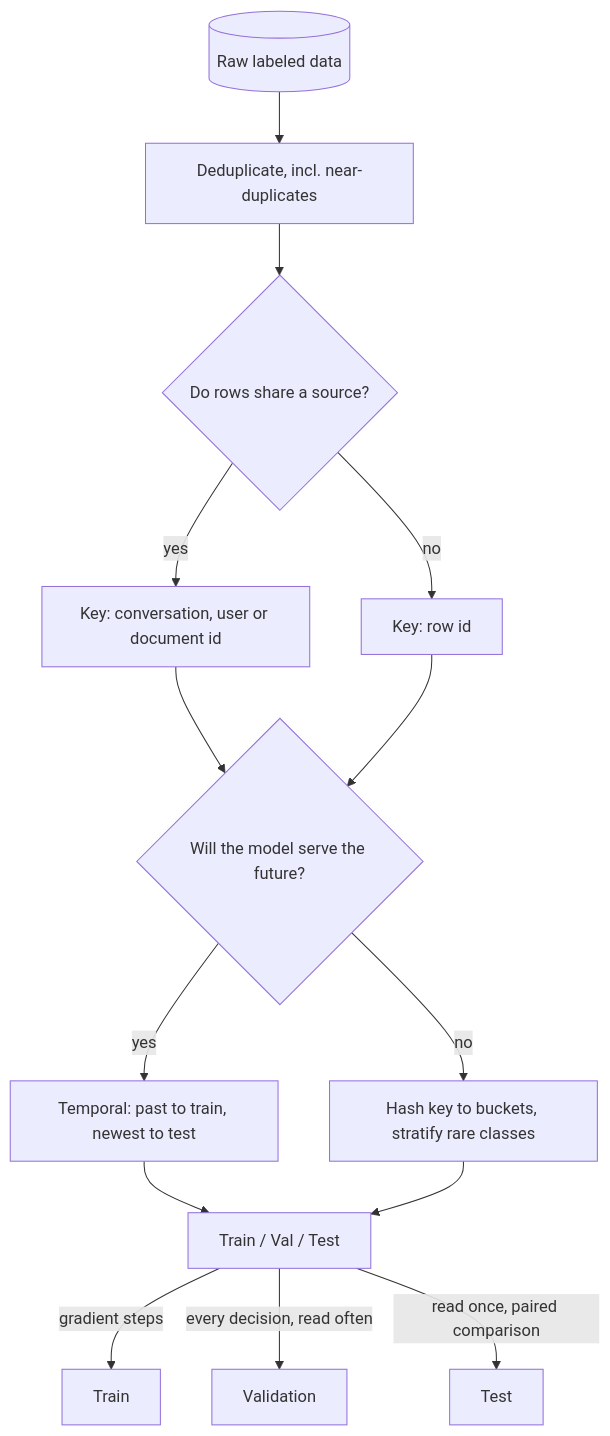
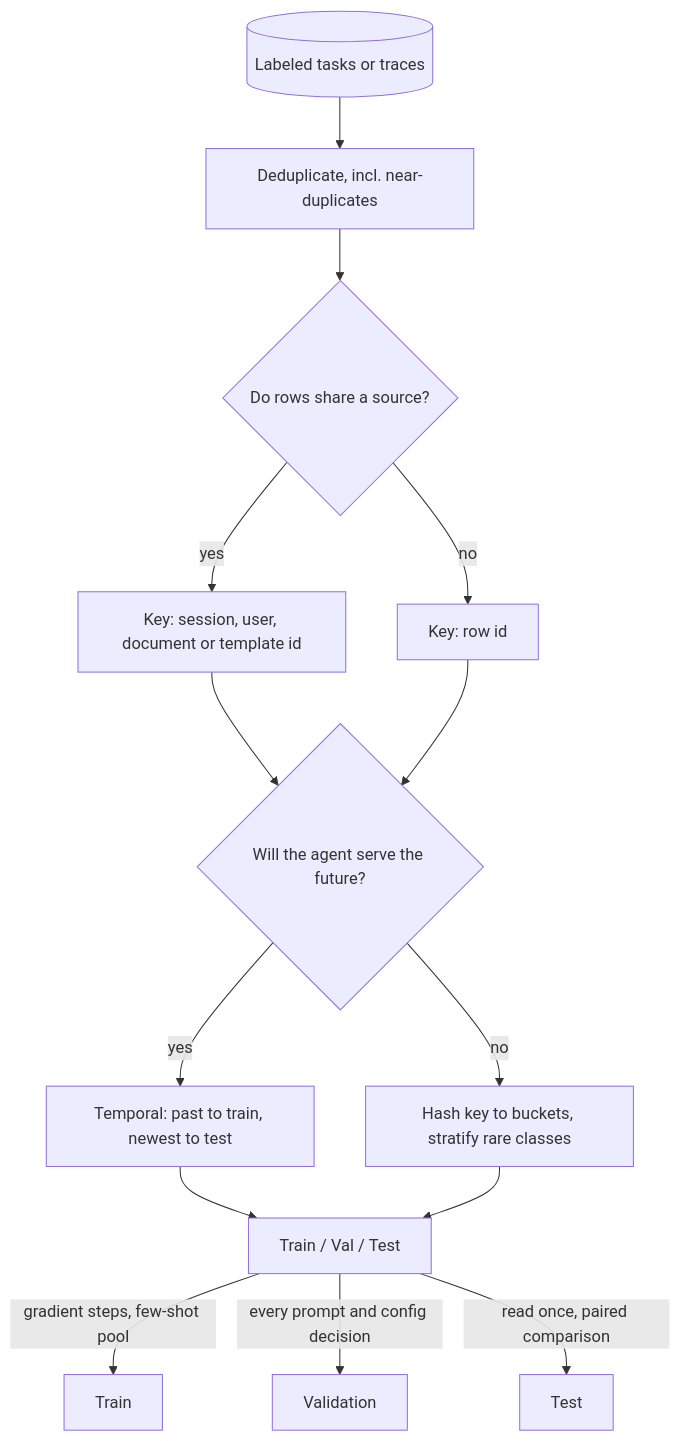
Before and after one commit to lovishmahajan97/agentic-learning: the diagram in content/training-adaptation/train-val-test-split.md, drawn with Mermaid. The commit also changed other lines of this file and 266 other files, not shown here.

````diff
--- a/content/training-adaptation/train-val-test-split.md
+++ b/content/training-adaptation/train-val-test-split.md
@@ -114,16 +138,16 @@
 ```mermaid
 flowchart TD
-    D[("Raw labeled data")] --> DD["Deduplicate, incl. near-duplicates"]
+    D[("Labeled tasks or traces")] --> DD["Deduplicate, incl. near-duplicates"]
     DD --> Q1{"Do rows share a source?"}
-    Q1 -->|"yes"| GR["Key: conversation, user or document id"]
+    Q1 -->|"yes"| GR["Key: session, user, document or template id"]
     Q1 -->|"no"| RK["Key: row id"]
-    GR --> Q2{"Will the model serve the future?"}
+    GR --> Q2{"Will the agent serve the future?"}
     RK --> Q2
     Q2 -->|"yes"| TM["Temporal: past to train, newest to test"]
     Q2 -->|"no"| HB["Hash key to buckets, stratify rare classes"]
     TM --> S["Train / Val / Test"]
     HB --> S
-    S -->|"gradient steps"| TR["Train"]
-    S -->|"every decision, read often"| VA["Validation"]
+    S -->|"gradient steps, few-shot pool"| TR["Train"]
+    S -->|"every prompt and config decision"| VA["Validation"]
     S -->|"read once, paired comparison"| TE["Test"]
 ```
````
